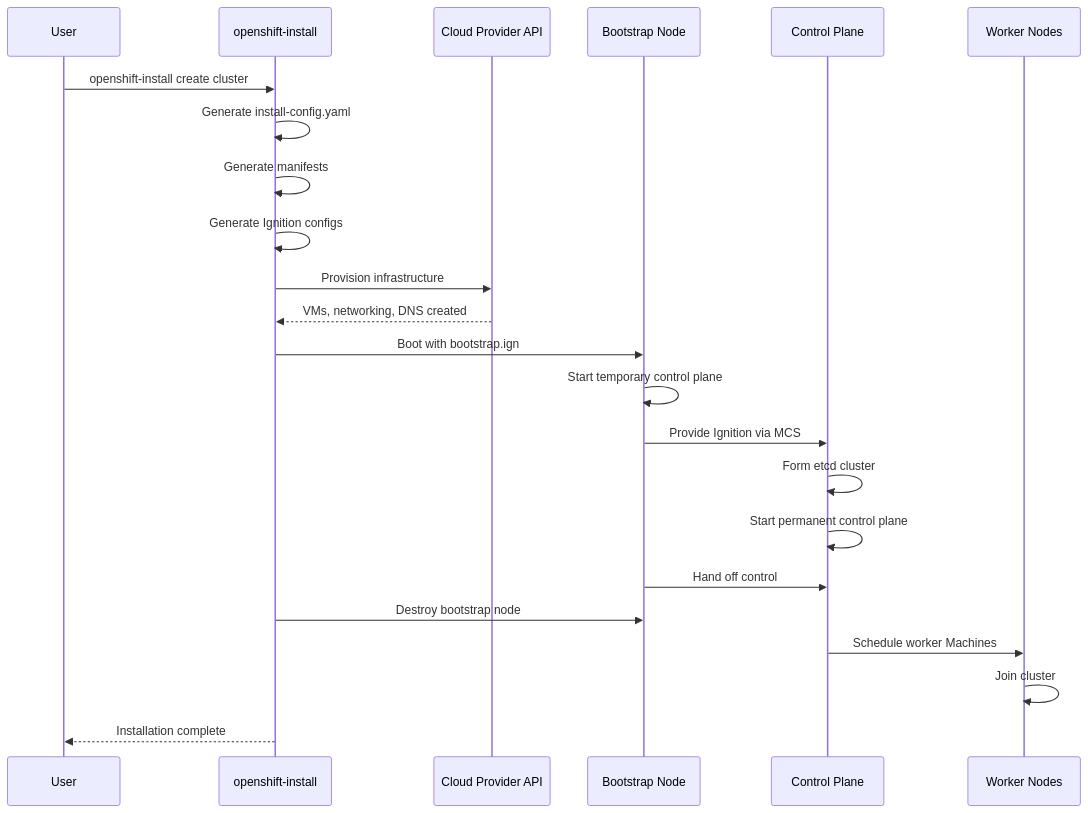
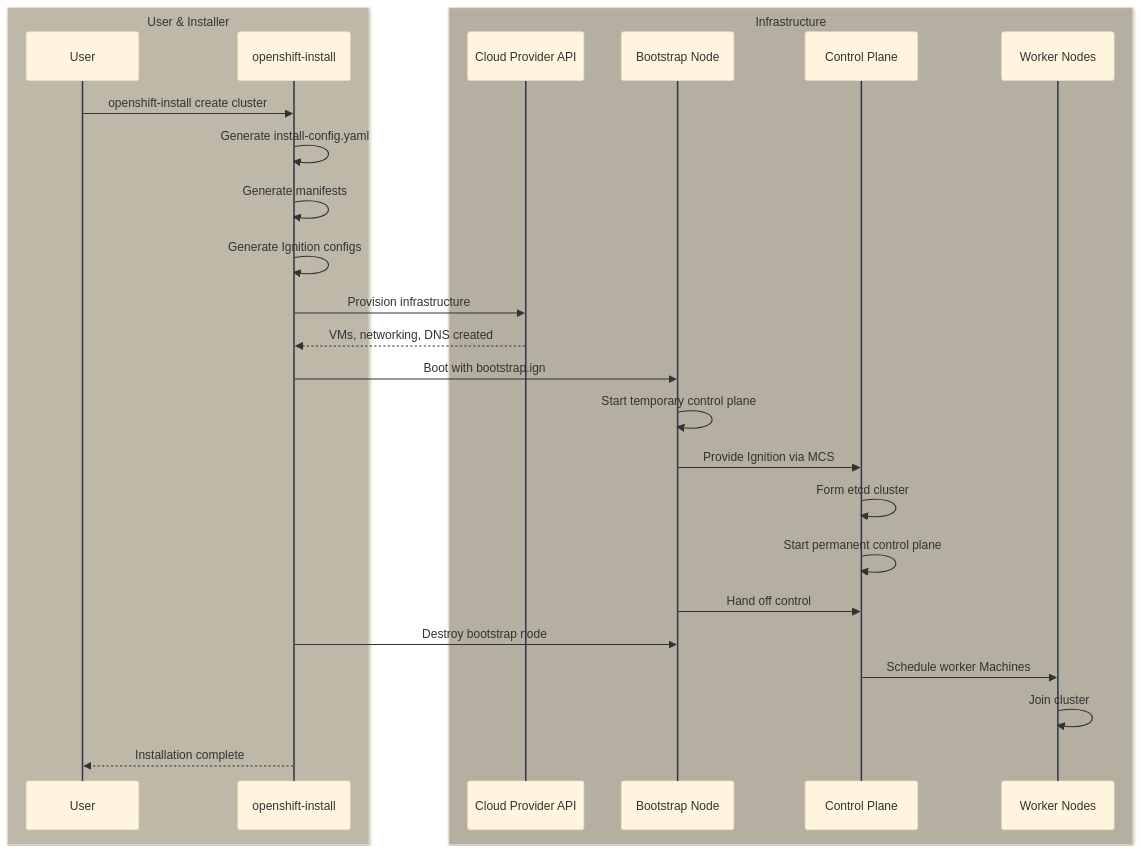
One commit to zszabo-rh/openshift-install-guide changed the first of 3 diagrams in 02-traditional-installers/ipi.md. Above: the diagram before and after it, drawn with Mermaid. The commit also changed other lines of this file and 16 other files, not shown here.

Commit message:
improved diagram style

````diff
--- a/02-traditional-installers/ipi.md
+++ b/02-traditional-installers/ipi.md
@@ -7,26 +7,32 @@
 ```mermaid
+%%{init: {'theme': 'base', 'themeVariables': { 'lineColor': '#2d3748', 'actorLineColor': '#2d3748' }}}%%
 sequenceDiagram
-    participant User
-    participant Installer as openshift-install
-    participant Cloud as Cloud Provider API
-    participant Bootstrap as Bootstrap Node
-    participant Masters as Control Plane
-    participant Workers as Worker Nodes
+    box rgb(190,184,168) User & Installer
+        participant User
+        participant Installer as openshift-install
+    end
+    
+    box rgb(180,175,160) Infrastructure
+        participant Cloud as Cloud Provider API
+        participant Bootstrap as Bootstrap Node
+        participant Masters as Control Plane
+        participant Workers as Worker Nodes
+    end
 
     User->>Installer: openshift-install create cluster
     Installer->>Installer: Generate install-config.yaml
     Installer->>Installer: Generate manifests
     Installer->>Installer: Generate Ignition configs
     Installer->>Cloud: Provision infrastructure
     Cloud-->>Installer: VMs, networking, DNS created
     Installer->>Bootstrap: Boot with bootstrap.ign
     Bootstrap->>Bootstrap: Start temporary control plane
     Bootstrap->>Masters: Provide Ignition via MCS
     Masters->>Masters: Form etcd cluster
     Masters->>Masters: Start permanent control plane
     Bootstrap->>Masters: Hand off control
     Installer->>Bootstrap: Destroy bootstrap node
     Masters->>Workers: Schedule worker Machines
     Workers->>Workers: Join cluster
     Installer-->>User: Installation complete
 ```
````
